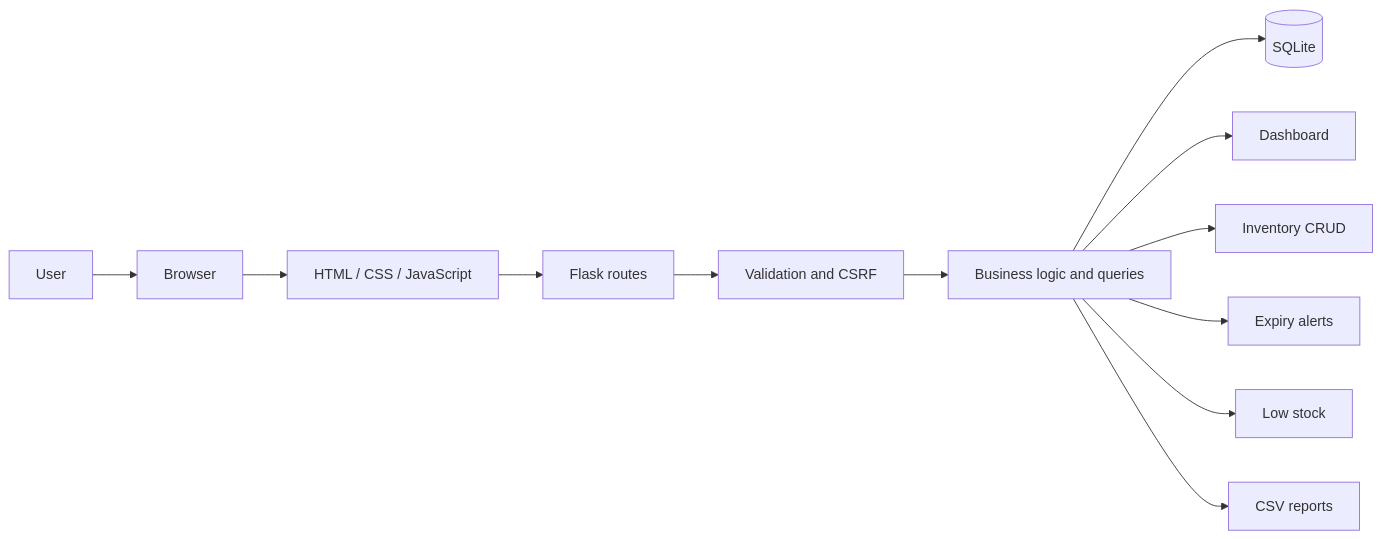
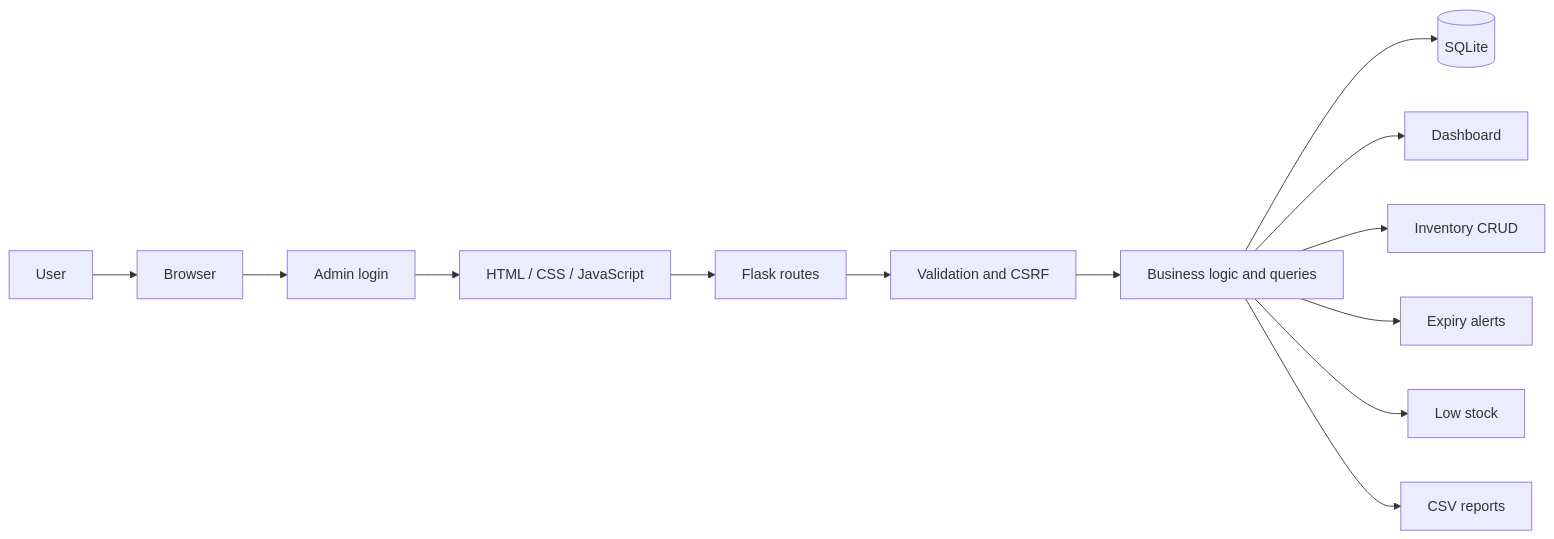
The first of 2 diagrams in docs/project_report.md (Sherlin-S-tech/MediStock), drawn with Mermaid before and after one commit. The commit also changed other lines of this file and 10 other files, not shown here.

Commit message:
Add admin login and feature landing page

````diff
--- a/docs/project_report.md
+++ b/docs/project_report.md
@@ -40,13 +40,14 @@
 ```mermaid
 flowchart LR
-  User --> Browser --> UI[HTML / CSS / JavaScript]
+  User --> Browser --> Login[Admin login]
+  Login --> UI[HTML / CSS / JavaScript]
   UI --> Flask[Flask routes]
   Flask --> Validation[Validation and CSRF]
   Validation --> Logic[Business logic and queries]
   Logic --> DB[(SQLite)]
   Logic --> Dashboard[Dashboard]
   Logic --> Inventory[Inventory CRUD]
   Logic --> Expiry[Expiry alerts]
   Logic --> Stock[Low stock]
   Logic --> Reports[CSV reports]
 ```
````
